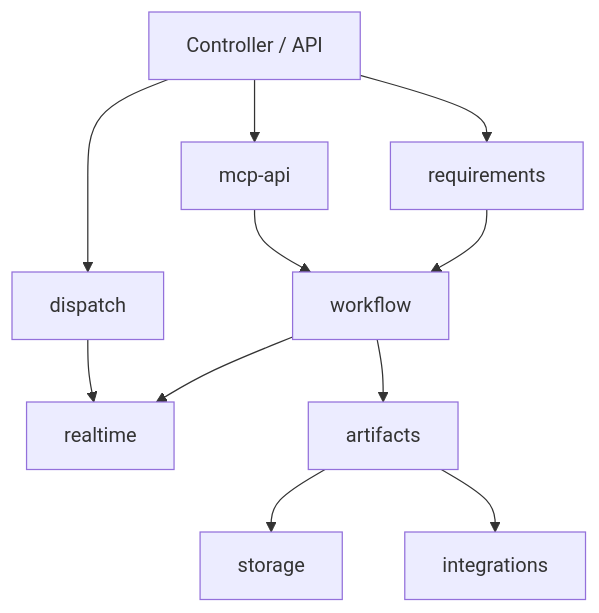
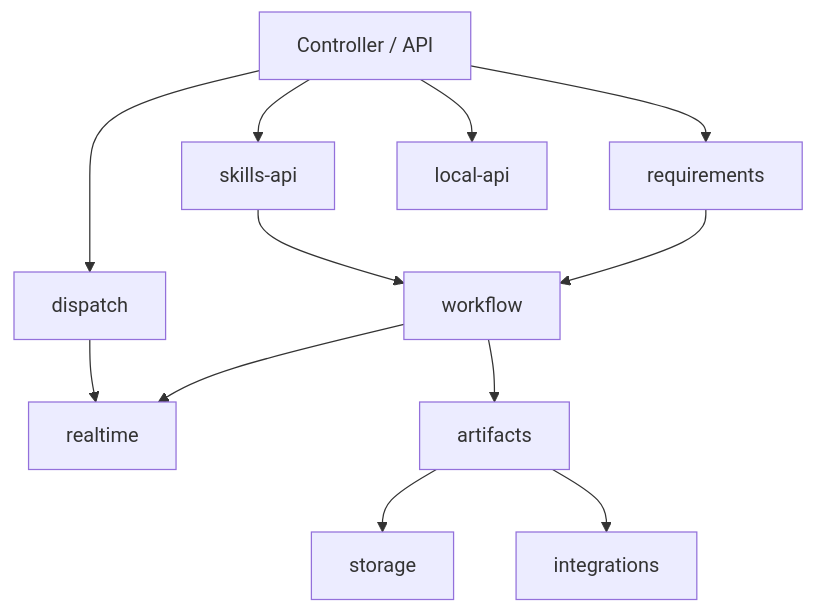
Before and after one commit to chaoyang805/proud-flow: the first of 2 diagrams in docs/backend-technical-design.md, drawn with Mermaid. The commit also changed other lines of this file and 9 other files, not shown here.

Commit message:
docs: expand proud-flow architecture plans

````diff
--- a/docs/backend-technical-design.md
+++ b/docs/backend-technical-design.md
@@ -77,16 +78,17 @@
 ```mermaid
 flowchart TD
   API["Controller / API"] --> Requirements["requirements"]
   API --> Dispatch["dispatch"]
-  API --> MCP["mcp-api"]
+  API --> SkillsAPI["skills-api"]
+  API --> LocalAPI["local-api"]
 
   Requirements --> Workflow["workflow"]
-  MCP --> Workflow
+  SkillsAPI --> Workflow
 
   Workflow --> Realtime["realtime"]
   Workflow --> Artifacts["artifacts"]
 
   Dispatch --> Realtime
   Artifacts --> Storage["storage"]
   Artifacts --> Integrations["integrations"]
 ```
````
